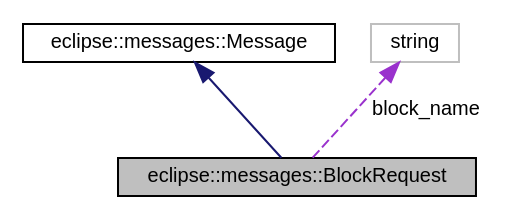
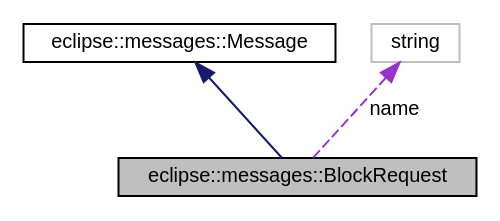
The diagram in structeclipse_1_1messages_1_1BlockRequest__coll__graph.dot (DICL/VeloxDFS), drawn with Graphviz before and after one commit. The commit also changed 156 other files, not shown here.

```diff
--- a/structeclipse_1_1messages_1_1BlockRequest__coll__graph.dot
+++ b/structeclipse_1_1messages_1_1BlockRequest__coll__graph.dot
@@ -1,10 +1,10 @@
 digraph G
 {
   edge [fontname="Helvetica",fontsize="10",labelfontname="Helvetica",labelfontsize="10"];
   node [fontname="Helvetica",fontsize="10",shape=record];
   Node1 [label="eclipse::messages::BlockRequest",height=0.2,width=0.4,color="black", fillcolor="grey75", style="filled" fontcolor="black"];
   Node2 -> Node1 [dir="back",color="midnightblue",fontsize="10",style="solid",fontname="Helvetica"];
   Node2 [label="eclipse::messages::Message",height=0.2,width=0.4,color="black", fillcolor="white", style="filled",URL="$structeclipse_1_1messages_1_1Message.html"];
-  Node3 -> Node1 [dir="back",color="darkorchid3",fontsize="10",style="dashed",label=" block_name" ,fontname="Helvetica"];
+  Node3 -> Node1 [dir="back",color="darkorchid3",fontsize="10",style="dashed",label=" name" ,fontname="Helvetica"];
   Node3 [label="string",height=0.2,width=0.4,color="grey75", fillcolor="white", style="filled"];
 }
```
